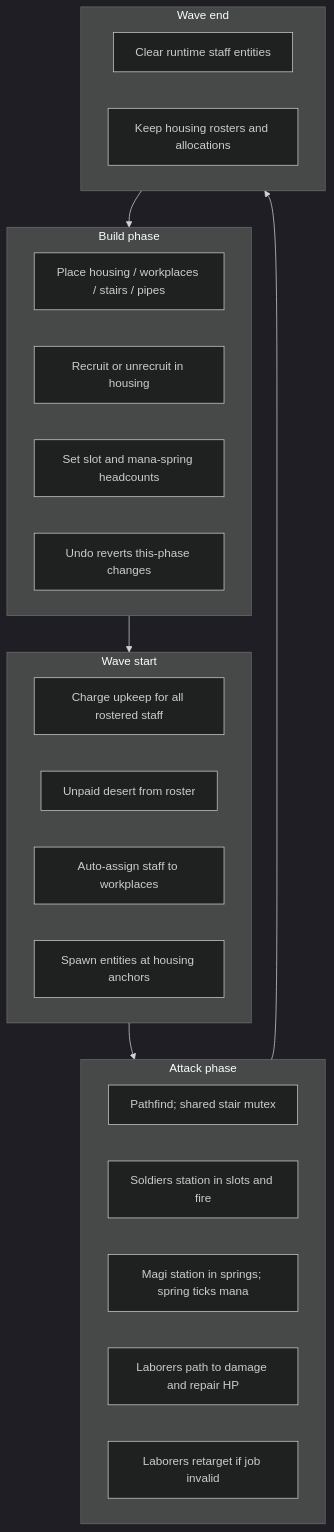
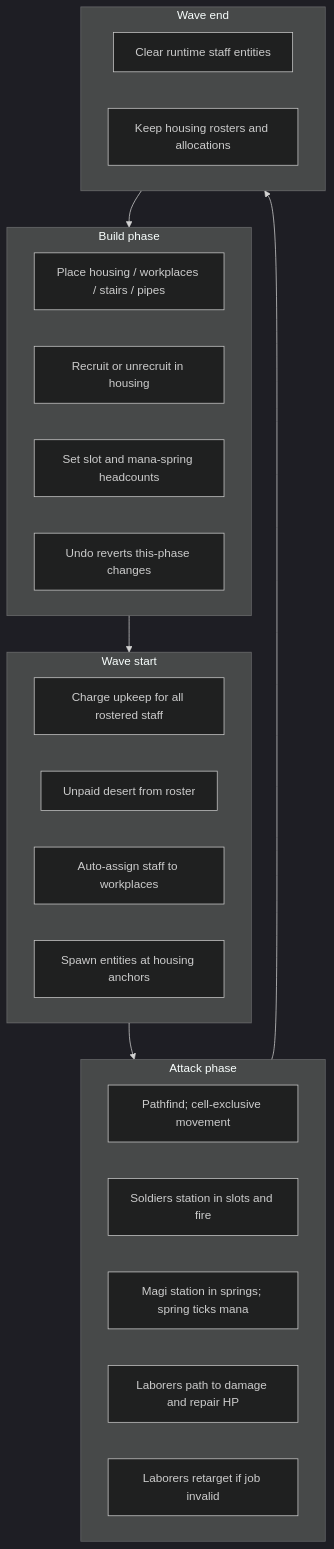
One commit to katerberg/wizard-tower-builder changed the diagram in docs/HOUSING.md. Above: the diagram before and after it, drawn with Mermaid (dark theme). The commit also changed other lines of this file and 48 other files, not shown here.

````diff
--- a/docs/HOUSING.md
+++ b/docs/HOUSING.md
@@ -231,27 +169,27 @@
 ```mermaid
 flowchart TB
   subgraph build [Build phase]
     Place[Place housing / workplaces / stairs / pipes]
     Recruit[Recruit or unrecruit in housing]
     Alloc[Set slot and mana-spring headcounts]
     Undo[Undo reverts this-phase changes]
   end
   subgraph waveStart [Wave start]
     Pay[Charge upkeep for all rostered staff]
     Desert[Unpaid desert from roster]
     Assign[Auto-assign staff to workplaces]
     Spawn[Spawn entities at housing anchors]
   end
   subgraph attack [Attack phase]
-    Path[Pathfind; shared stair mutex]
+    Path[Pathfind; cell-exclusive movement]
     Soldiers[Soldiers station in slots and fire]
     Magi[Magi station in springs; spring ticks mana]
     Labor[Laborers path to damage and repair HP]
     Retarget[Laborers retarget if job invalid]
   end
   subgraph waveEnd [Wave end]
     Clear[Clear runtime staff entities]
     Keep[Keep housing rosters and allocations]
   end
   build --> waveStart --> attack --> waveEnd --> build
 ```
````
